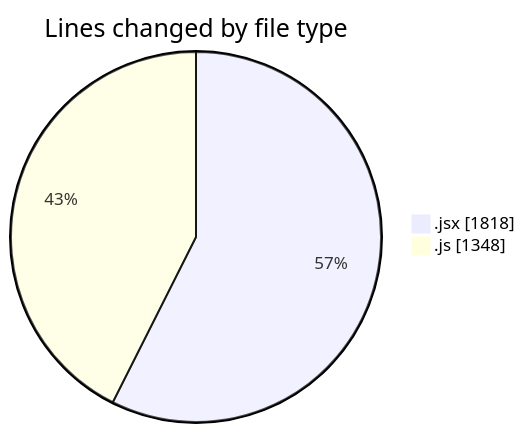
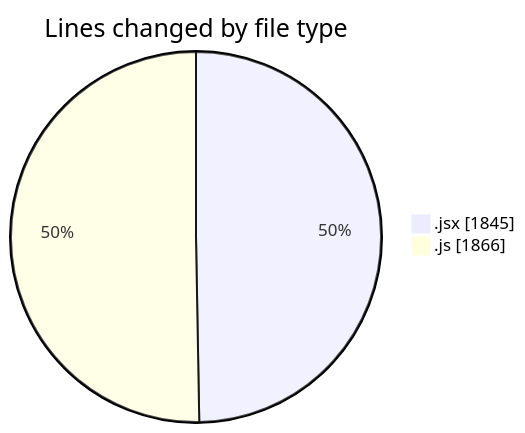
Before and after one commit to nxtqubesakshisongat/code-tracking: the first of 2 diagrams in 2025-08-04/nxtqube_webapp/README.md, drawn with Mermaid. The commit also changed other lines of this file and 1 other file, not shown here.

````diff
--- a/2025-08-04/nxtqube_webapp/README.md
+++ b/2025-08-04/nxtqube_webapp/README.md
@@ -27,6 +28,6 @@
 ```mermaid
 pie showData
 title Lines changed by file type
-".jsx" : 1818
-".js" : 1348
+".jsx" : 1845
+".js" : 1866
 ```
````
